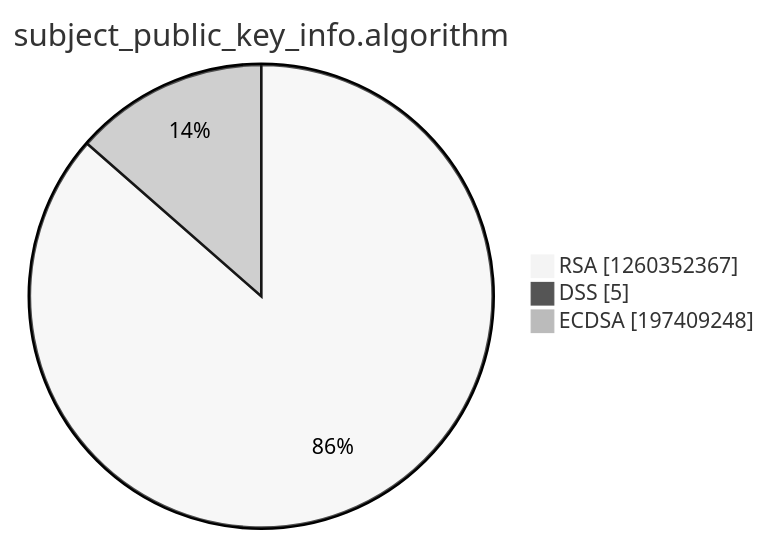
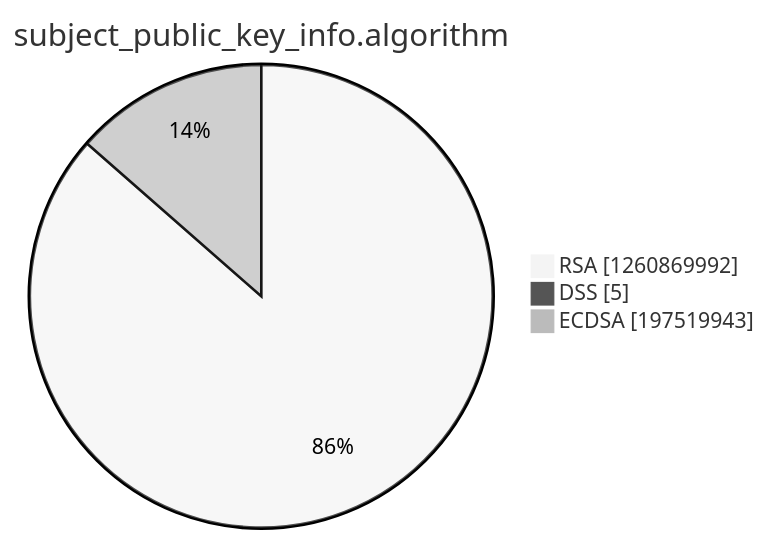
The third of 15 diagrams in argon2022/README.md (christiankrug/ctmonitor_visualization), drawn with Mermaid (neutral theme) before and after one commit. The commit also changed other lines of this file, not shown here.

````diff
--- a/argon2022/README.md
+++ b/argon2022/README.md
@@ -14,7 +14,7 @@
 ```mermaid
 pie showData
 title subject_public_key_info.algorithm
-"RSA" :1260352367
+"RSA" :1260869992
 "DSS" :5
-"ECDSA" :197409248
+"ECDSA" :197519943
 ```
````
